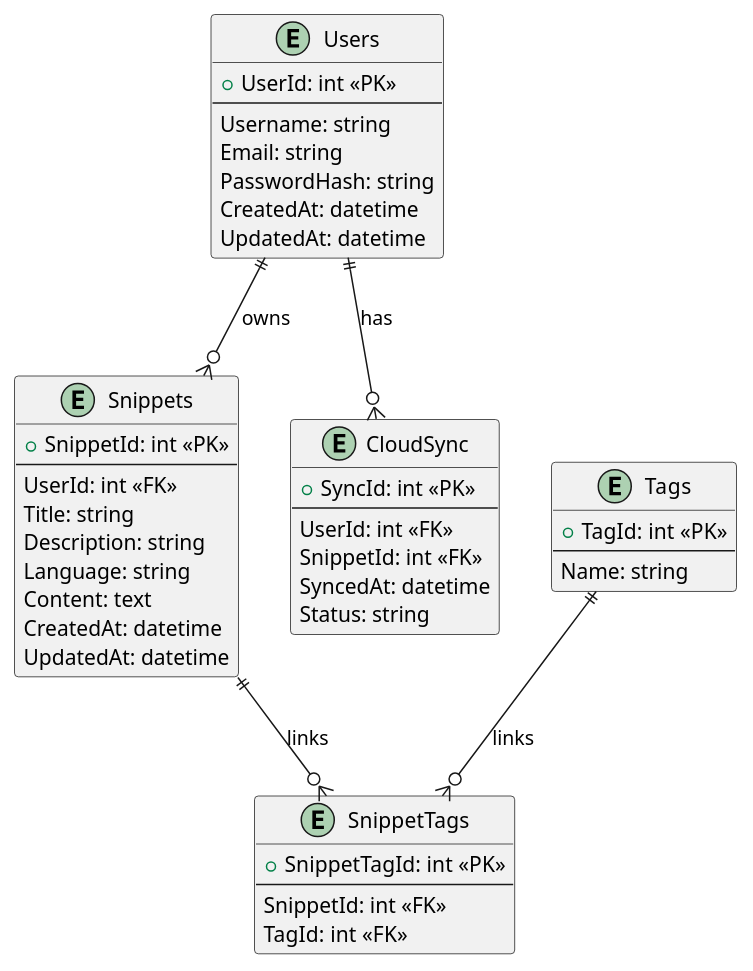
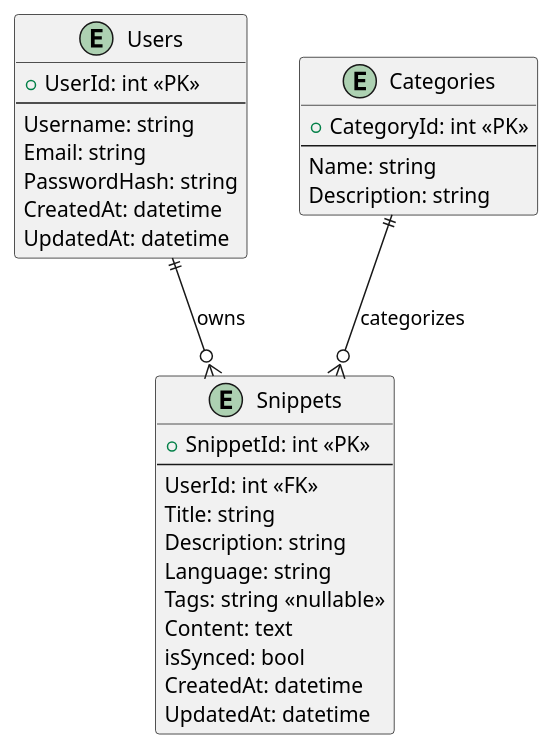
Before and after one commit to Alexandre-Scebba/CodexSnippetManager: the diagram in SnippetManager/db.puml, drawn with PlantUML. The commit also changed 23 other files, not shown here.

```diff
--- a/SnippetManager/db.puml
+++ b/SnippetManager/db.puml
@@ -1,52 +1,37 @@
 @startuml
 
 entity Users {
   +UserId: int <<PK>>
   --
   Username: string
   Email: string
   PasswordHash: string
   CreatedAt: datetime
   UpdatedAt: datetime
 }
 
 entity Snippets {
   +SnippetId: int <<PK>>
   --
   UserId: int <<FK>>
   Title: string
   Description: string
   Language: string
+  Tags: string <<nullable>>
   Content: text
+  isSynced: bool
   CreatedAt: datetime
   UpdatedAt: datetime
 }
 
-entity Tags {
-  +TagId: int <<PK>>
+entity Categories {
+  +CategoryId: int <<PK>>
   --
   Name: string
-}
-
-entity SnippetTags {
-  +SnippetTagId: int <<PK>>
-  --
-  SnippetId: int <<FK>>
-  TagId: int <<FK>>
-}
-
-entity CloudSync {
-  +SyncId: int <<PK>>
-  --
-  UserId: int <<FK>>
-  SnippetId: int <<FK>>
-  SyncedAt: datetime
-  Status: string
+  Description: string
 }
 
 Users ||--o{ Snippets : owns
-Snippets ||--o{ SnippetTags : links
-Tags ||--o{ SnippetTags : links
-Users ||--o{ CloudSync : has
+Categories ||--o{ Snippets : categorizes
 
 @enduml
```
